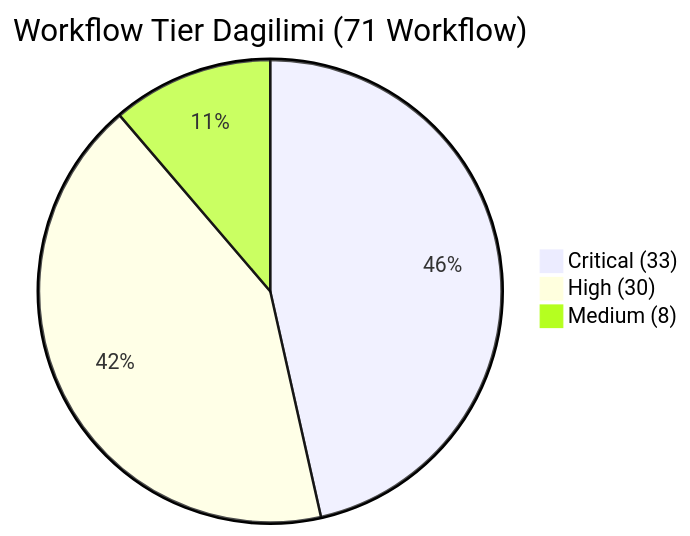
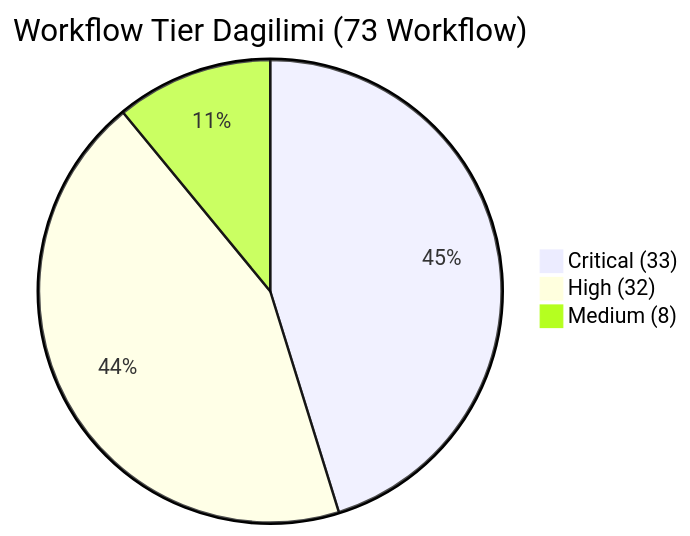
Diagram 13 of 15 in docs/ARCHITECTURE_DIAGRAMS.md (No3214/saas), drawn with Mermaid before and after one commit. The commit also changed other lines of this file and 3 other files, not shown here.

````diff
--- a/docs/ARCHITECTURE_DIAGRAMS.md
+++ b/docs/ARCHITECTURE_DIAGRAMS.md
@@ -517,6 +600,6 @@
 ```mermaid
-pie title Workflow Tier Dagilimi (71 Workflow)
+pie title Workflow Tier Dagilimi (73 Workflow)
     "Critical (33)" : 33
-    "High (30)" : 30
+    "High (32)" : 32
     "Medium (8)" : 8
 ```
````
